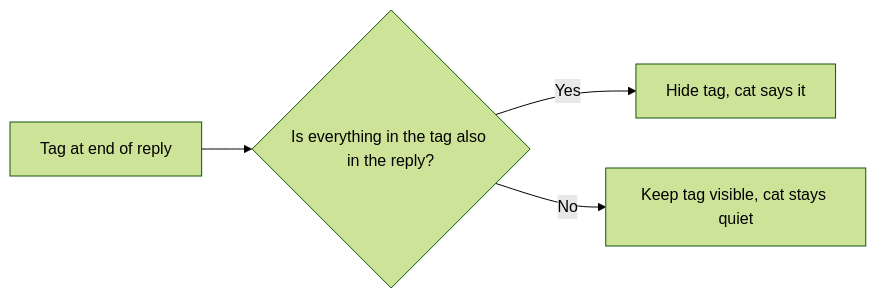
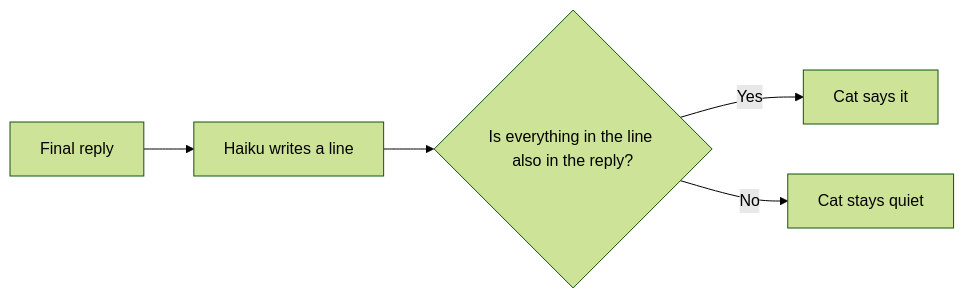
The third of 3 diagrams in src/routes/works/claudesay.md (TimJJTing/Personal-Website), drawn with Mermaid (forest theme) before and after one commit. The commit also changed other lines of this file, not shown here.

````diff
--- a/src/routes/works/claudesay.md
+++ b/src/routes/works/claudesay.md
@@ -109,6 +165,6 @@
 ```mermaid
 flowchart LR
-    tag["Tag at end of reply"] --> check{"Is everything in the tag also in the reply?"}
-    check -- Yes --> hide["Hide tag, cat says it"]
-    check -- No --> keep["Keep tag visible, cat stays quiet"]
+    reply["Final reply"] --> haiku["Haiku writes a line"] --> check{"Is everything in the line also in the reply?"}
+    check -- Yes --> show["Cat says it"]
+    check -- No --> quiet["Cat stays quiet"]
 ```
````
